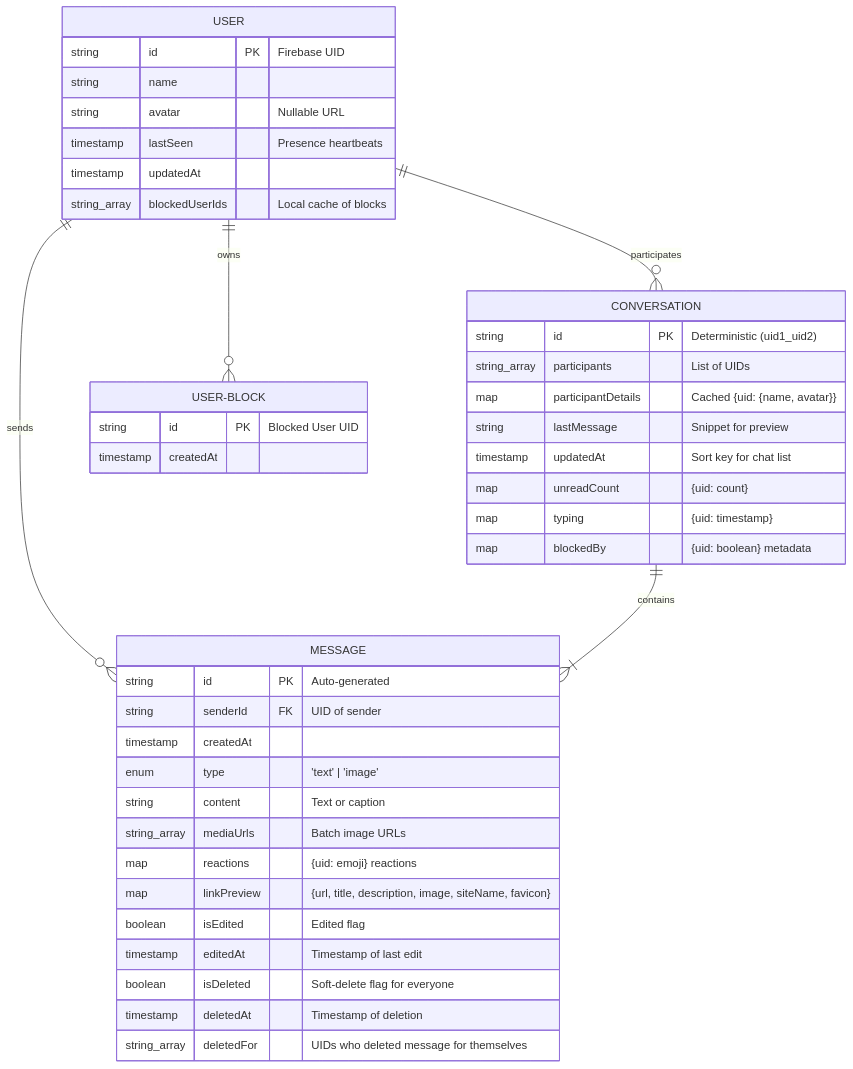
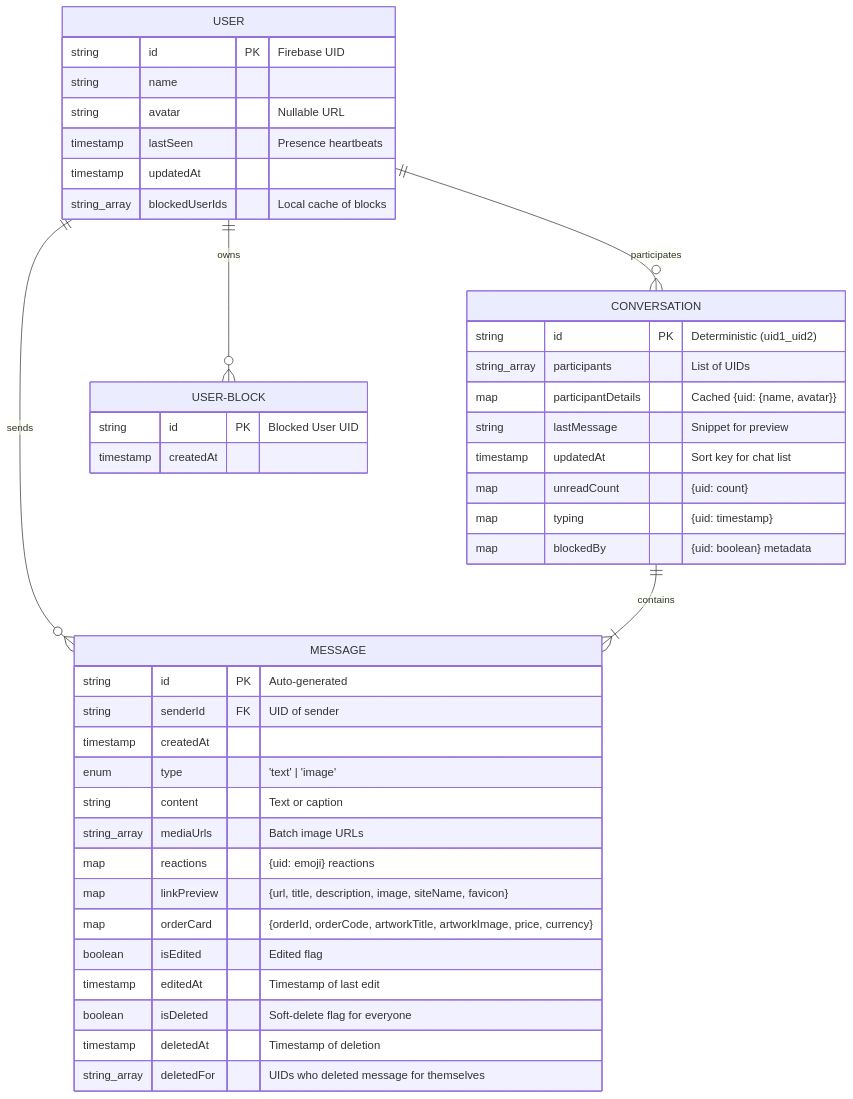
The diagram in src/features/chat/README.md (empiretylh/artspacenextjs), drawn with Mermaid before and after one commit. The commit also changed other lines of this file and 16 other files, not shown here.

First line of the commit message:
feat(orders,chat): route contact seller to support admin with rich embedded order card inquiry

````diff
--- a/src/features/chat/README.md
+++ b/src/features/chat/README.md
@@ -14,48 +14,49 @@
 ```mermaid
 erDiagram
     USER ||--o{ CONVERSATION : participates
     USER ||--o{ MESSAGE : sends
     USER ||--o{ USER-BLOCK : owns
     CONVERSATION ||--|{ MESSAGE : contains
 
     USER {
         string id PK "Firebase UID"
         string name
         string avatar "Nullable URL"
         timestamp lastSeen "Presence heartbeats"
         timestamp updatedAt
         string_array blockedUserIds "Local cache of blocks"
     }
 
     CONVERSATION {
         string id PK "Deterministic (uid1_uid2)"
         string_array participants "List of UIDs"
         map participantDetails "Cached {uid: {name, avatar}}"
         string lastMessage "Snippet for preview"
         timestamp updatedAt "Sort key for chat list"
         map unreadCount "{uid: count}"
         map typing "{uid: timestamp}"
         map blockedBy "{uid: boolean} metadata"
     }
 
     MESSAGE {
         string id PK "Auto-generated"
         string senderId FK "UID of sender"
         timestamp createdAt
         enum type "'text' | 'image'"
         string content "Text or caption"
         string_array mediaUrls "Batch image URLs"
         map reactions "{uid: emoji} reactions"
         map linkPreview "{url, title, description, image, siteName, favicon}"
+        map orderCard "{orderId, orderCode, artworkTitle, artworkImage, price, currency}"
         boolean isEdited "Edited flag"
         timestamp editedAt "Timestamp of last edit"
         boolean isDeleted "Soft-delete flag for everyone"
         timestamp deletedAt "Timestamp of deletion"
         string_array deletedFor "UIDs who deleted message for themselves"
     }
 
     USER-BLOCK {
         string id PK "Blocked User UID"
         timestamp createdAt
     }
 ```
````
